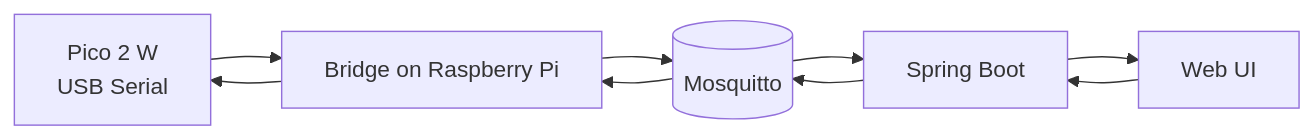
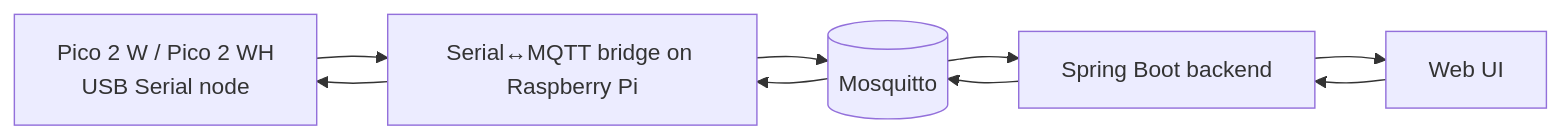
Before and after one commit to atkinart/train-manager: the diagram in docs/mqtt-topics.md, drawn with Mermaid. The commit also changed other lines of this file and 21 other files, not shown here.

````diff
--- a/docs/mqtt-topics.md
+++ b/docs/mqtt-topics.md
@@ -56,11 +78,11 @@
 ```mermaid
 flowchart LR
-  P[Pico 2 W\nUSB Serial] --> B[Bridge on Raspberry Pi]
+  P[Pico 2 W / Pico 2 WH\nUSB Serial node] --> B[Serial↔MQTT bridge on Raspberry Pi]
   B --> M[(Mosquitto)]
-  M --> S[Spring Boot]
+  M --> S[Spring Boot backend]
   S --> U[Web UI]
   U --> S
   S --> M
   M --> B
   B --> P
 ```
````
